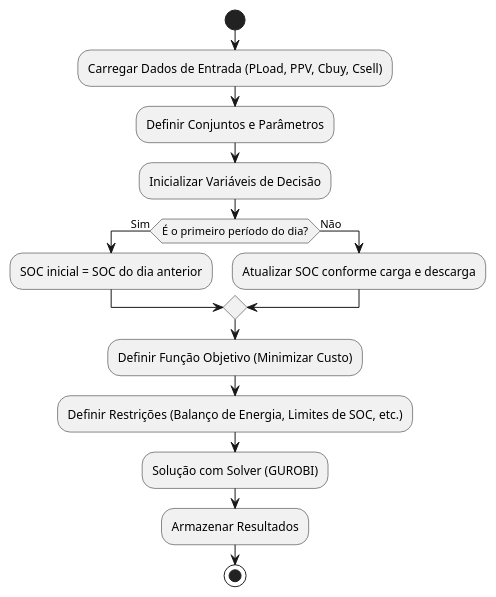
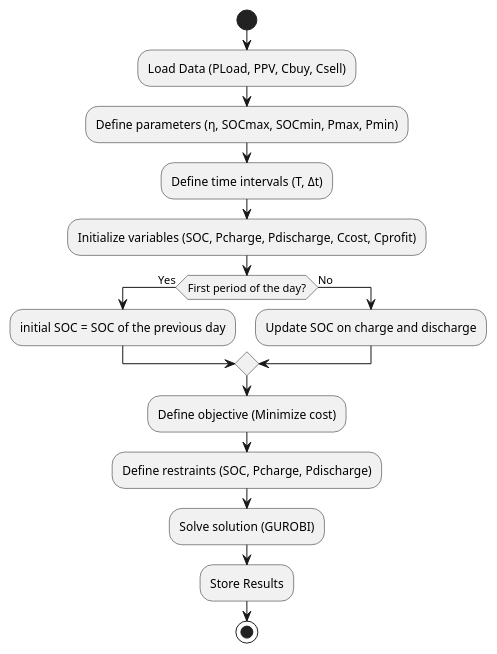
One commit to Phenriquerafael/EnergyComunitiesPlatform changed the diagram in CodeDocs/Fluxogram/Fluxogram.puml. Above: the diagram before and after it, drawn with PlantUML. The commit also changed 7 other files, not shown here.

Commit message:
Fluxogram #4 and Class Diagram #5 Level3 added ReadMe updated with new diagrams #2

```diff
--- a/CodeDocs/Fluxogram/Fluxogram.puml
+++ b/CodeDocs/Fluxogram/Fluxogram.puml
@@ -1,22 +1,23 @@
 @startuml
 
 ' Diagrama de Atividades
 start
 
-:Carregar Dados de Entrada (PLoad, PPV, Cbuy, Csell);
-:Definir Conjuntos e Parâmetros;
-:Inicializar Variáveis de Decisão;
+:Load Data (PLoad, PPV, Cbuy, Csell);
+:Define parameters (η, SOCmax, SOCmin, Pmax, Pmin);
+:Define time intervals (T, Δt);
+:Initialize variables (SOC, Pcharge, Pdischarge, Ccost, Cprofit);
 
-if (É o primeiro período do dia?) then (Sim)
-    :SOC inicial = SOC do dia anterior;
-else (Não)
-    :Atualizar SOC conforme carga e descarga;
+if (First period of the day?) then (Yes)
+    :initial SOC = SOC of the previous day;
+else (No)
+    :Update SOC on charge and discharge;
 endif
 
-:Definir Função Objetivo (Minimizar Custo);
-:Definir Restrições (Balanço de Energia, Limites de SOC, etc.);
-:Solução com Solver (GUROBI);
-:Armazenar Resultados;
+:Define objective (Minimize cost);
+:Define restraints (SOC, Pcharge, Pdischarge);
+:Solve solution (GUROBI);
+:Store Results;
 stop
 
 @enduml
```
